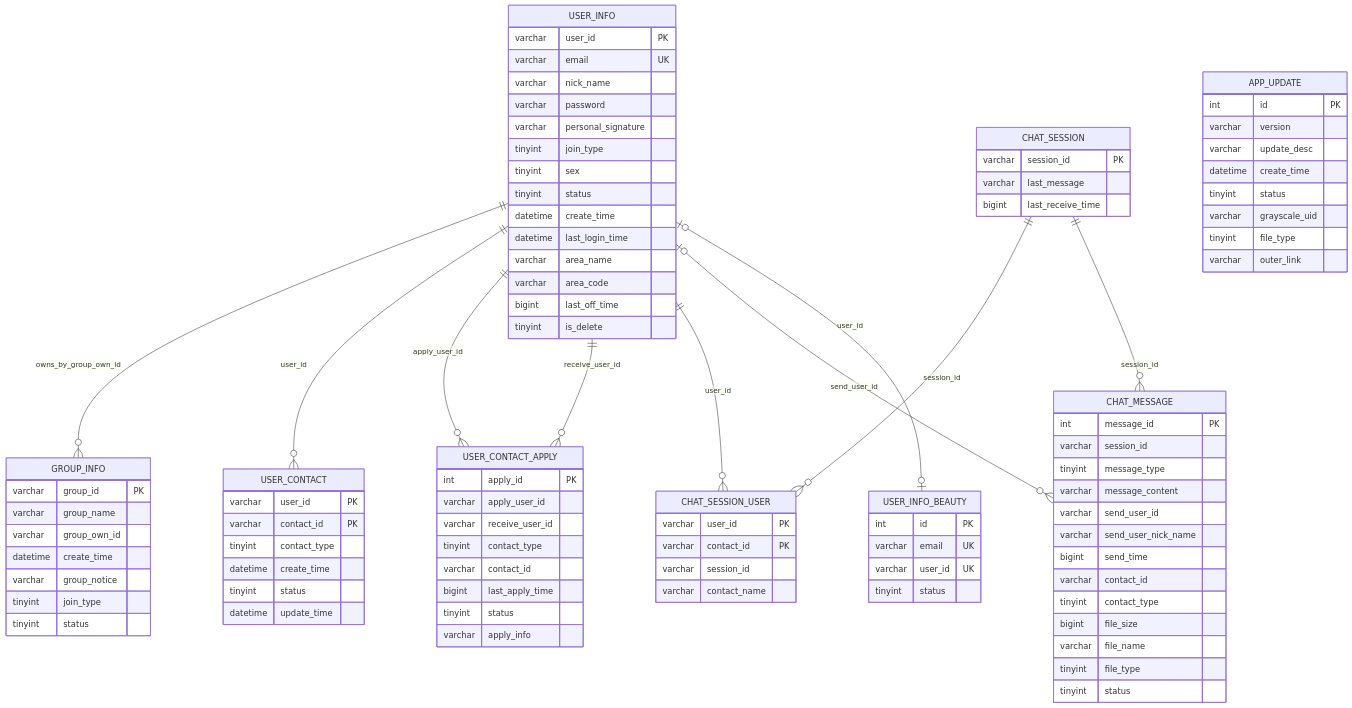
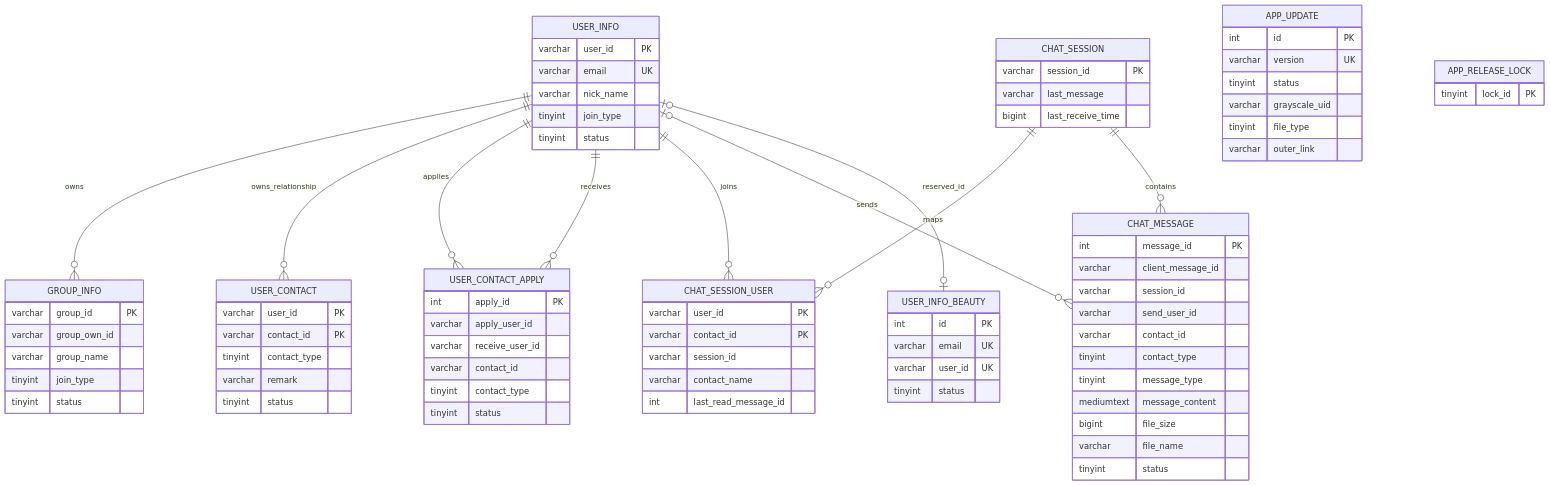
Before and after one commit to Enderherman/WeTalkWeb: the diagram in docs/database-erd.md, drawn with Mermaid. The commit also changed other lines of this file and 15 other files, not shown here.

````diff
--- a/docs/database-erd.md
+++ b/docs/database-erd.md
@@ -5,106 +7,83 @@
-~~~mermaid
+```mermaid
 erDiagram
   USER_INFO {
     varchar user_id PK
     varchar email UK
     varchar nick_name
-    varchar password
-    varchar personal_signature
-    tinyint join_type
-    tinyint sex
-    tinyint status
-    datetime create_time
-    datetime last_login_time
-    varchar area_name
-    varchar area_code
-    bigint last_off_time
-    tinyint is_delete
-  }
-
-  GROUP_INFO {
-    varchar group_id PK
-    varchar group_name
-    varchar group_own_id
-    datetime create_time
-    varchar group_notice
     tinyint join_type
     tinyint status
   }
-
+  GROUP_INFO {
+    varchar group_id PK
+    varchar group_own_id
+    varchar group_name
+    tinyint join_type
+    tinyint status
+  }
   USER_CONTACT {
     varchar user_id PK
     varchar contact_id PK
     tinyint contact_type
-    datetime create_time
+    varchar remark
     tinyint status
-    datetime update_time
   }
-
   USER_CONTACT_APPLY {
     int apply_id PK
     varchar apply_user_id
     varchar receive_user_id
+    varchar contact_id
     tinyint contact_type
-    varchar contact_id
-    bigint last_apply_time
     tinyint status
-    varchar apply_info
   }
-
   USER_INFO_BEAUTY {
     int id PK
     varchar email UK
     varchar user_id UK
     tinyint status
   }
-
   CHAT_SESSION {
     varchar session_id PK
     varchar last_message
     bigint last_receive_time
   }
-
   CHAT_SESSION_USER {
     varchar user_id PK
     varchar contact_id PK
     varchar session_id
     varchar contact_name
+    int last_read_message_id
   }
-
   CHAT_MESSAGE {
     int message_id PK
+    varchar client_message_id
     varchar session_id
-    tinyint message_type
-    varchar message_content
     varchar send_user_id
-    varchar send_user_nick_name
-    bigint send_time
     varchar contact_id
     tinyint contact_type
+    tinyint message_type
+    mediumtext message_content
     bigint file_size
     varchar file_name
-    tinyint file_type
     tinyint status
   }
-
   APP_UPDATE {
     int id PK
-    varchar version
-    varchar update_desc
-    datetime create_time
+    varchar version UK
     tinyint status
     varchar grayscale_uid
     tinyint file_type
     varchar outer_link
   }
-
-  USER_INFO ||--o{ GROUP_INFO : owns_by_group_own_id
-  USER_INFO ||--o{ USER_CONTACT : user_id
-  USER_INFO ||--o{ USER_CONTACT_APPLY : apply_user_id
-  USER_INFO ||--o{ USER_CONTACT_APPLY : receive_user_id
-  USER_INFO ||--o{ CHAT_SESSION_USER : user_id
-  CHAT_SESSION ||--o{ CHAT_SESSION_USER : session_id
-  CHAT_SESSION ||--o{ CHAT_MESSAGE : session_id
-  USER_INFO o|--o{ CHAT_MESSAGE : send_user_id
-  USER_INFO o|--o| USER_INFO_BEAUTY : user_id
-~~~
+  APP_RELEASE_LOCK {
+    tinyint lock_id PK
+  }
+  USER_INFO ||--o{ GROUP_INFO : owns
+  USER_INFO ||--o{ USER_CONTACT : owns_relationship
+  USER_INFO ||--o{ USER_CONTACT_APPLY : applies
+  USER_INFO ||--o{ USER_CONTACT_APPLY : receives
+  USER_INFO ||--o{ CHAT_SESSION_USER : joins
+  CHAT_SESSION ||--o{ CHAT_SESSION_USER : maps
+  CHAT_SESSION ||--o{ CHAT_MESSAGE : contains
+  USER_INFO o|--o{ CHAT_MESSAGE : sends
+  USER_INFO o|--o| USER_INFO_BEAUTY : reserved_id
+```
````
